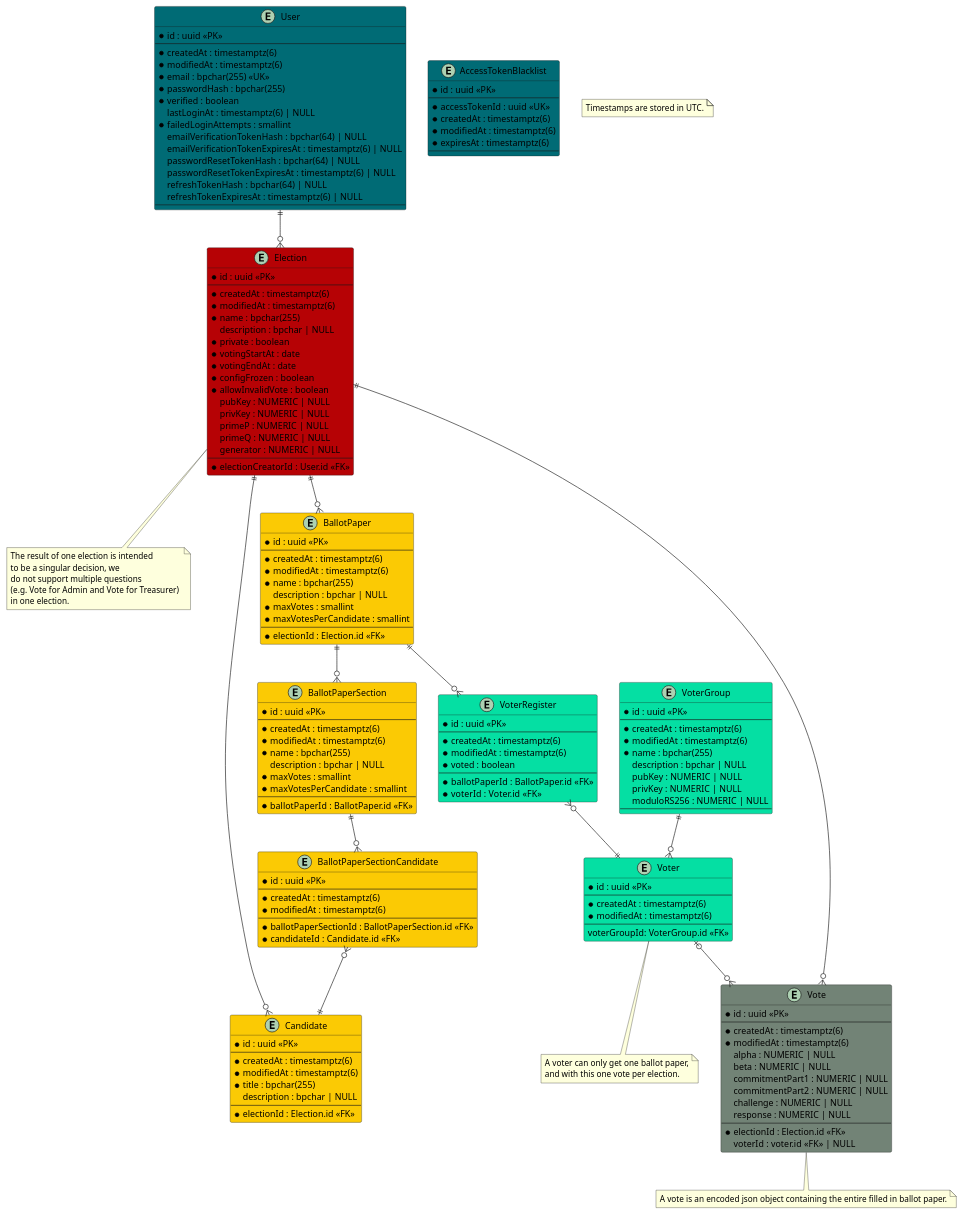
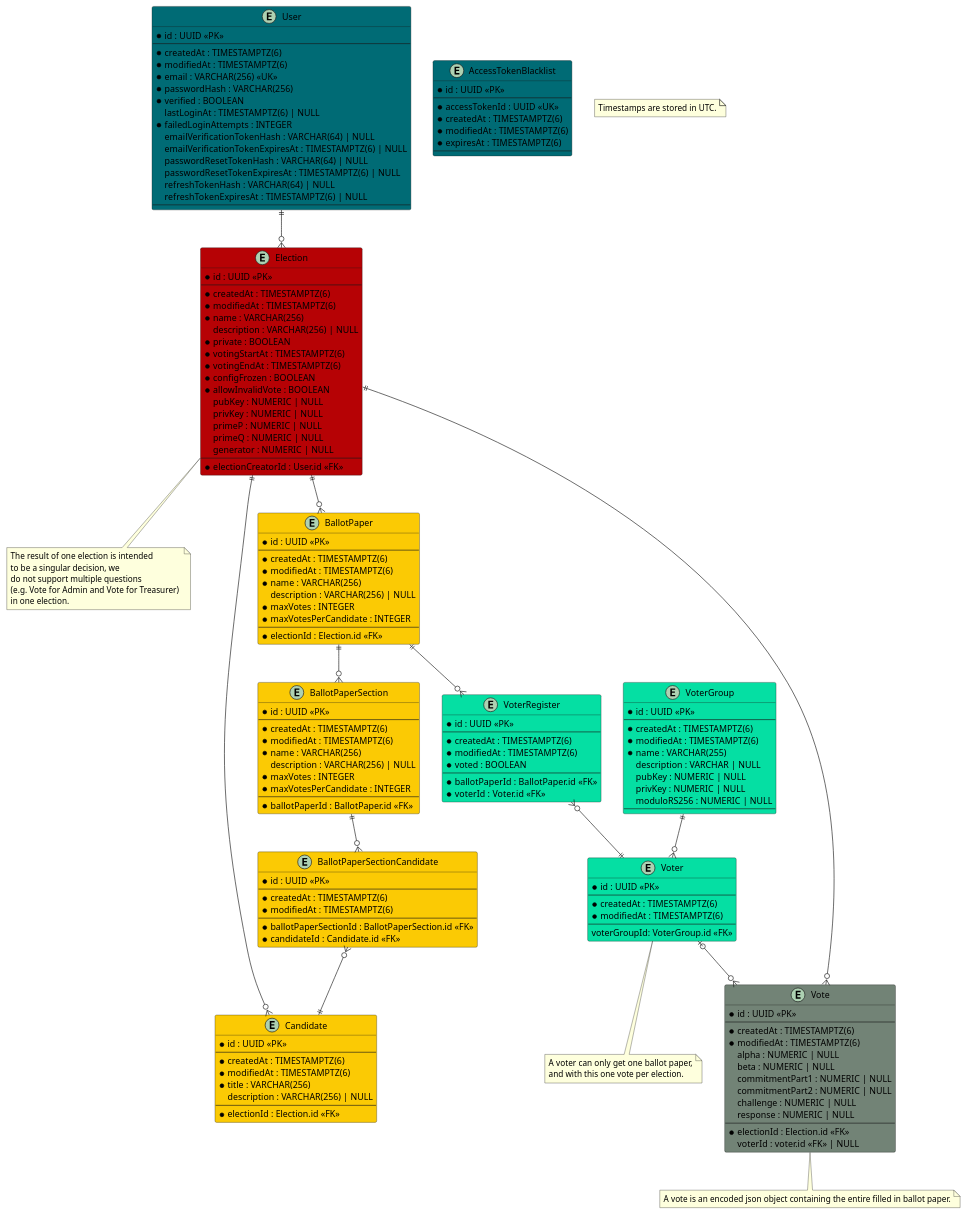
One commit to SE-UUlm/votura changed the diagram in apps/docs/static/uml/dataModel.puml. Above: the diagram before and after it, drawn with PlantUML. The commit also changed 4 other files, not shown here.

```diff
--- a/apps/docs/static/uml/dataModel.puml
+++ b/apps/docs/static/uml/dataModel.puml
@@ -4,51 +4,51 @@
 ' Same color codes as the used GitHub labels.
 
 entity "User" as user #006b75 {
-    * id : uuid <<PK>>
+    * id : UUID <<PK>>
     --
-    * createdAt : timestamptz(6)
-    * modifiedAt : timestamptz(6)
-    * email : bpchar(255) <<UK>>
-    * passwordHash : bpchar(255)
-    * verified : boolean
-    lastLoginAt : timestamptz(6) | NULL
+    * createdAt : TIMESTAMPTZ(6)
+    * modifiedAt : TIMESTAMPTZ(6)
+    * email : VARCHAR(256) <<UK>>
+    * passwordHash : VARCHAR(256)
+    * verified : BOOLEAN
+    lastLoginAt : TIMESTAMPTZ(6) | NULL
     ' failed login attempts get reset on successful login
-    * failedLoginAttempts : smallint
-    emailVerificationTokenHash : bpchar(64) | NULL
-    emailVerificationTokenExpiresAt : timestamptz(6) | NULL
-    passwordResetTokenHash : bpchar(64) | NULL
-    passwordResetTokenExpiresAt : timestamptz(6) | NULL
-    refreshTokenHash : bpchar(64) | NULL
-    refreshTokenExpiresAt : timestamptz(6) | NULL
+    * failedLoginAttempts : INTEGER
+    emailVerificationTokenHash : VARCHAR(64) | NULL
+    emailVerificationTokenExpiresAt : TIMESTAMPTZ(6) | NULL
+    passwordResetTokenHash : VARCHAR(64) | NULL
+    passwordResetTokenExpiresAt : TIMESTAMPTZ(6) | NULL
+    refreshTokenHash : VARCHAR(64) | NULL
+    refreshTokenExpiresAt : TIMESTAMPTZ(6) | NULL
     --
 }
 
 entity "AccessTokenBlacklist" as jwtBlacklist #006b75 {
     ' this table is used to store blacklisted access tokens
     ' The jti is 36 characters long if we use UUIDv4
-    * id : uuid <<PK>>
+    * id : UUID <<PK>>
     --
-    * accessTokenId : uuid <<UK>>
-    * createdAt : timestamptz(6)
-    * modifiedAt : timestamptz(6)
-    * expiresAt : timestamptz(6)
+    * accessTokenId : UUID <<UK>>
+    * createdAt : TIMESTAMPTZ(6)
+    * modifiedAt : TIMESTAMPTZ(6)
+    * expiresAt : TIMESTAMPTZ(6)
     --
 }
 
 entity "Election" as elections #b60205 {
-    * id : uuid <<PK>>
+    * id : UUID <<PK>>
     --
-    * createdAt : timestamptz(6)
-    * modifiedAt : timestamptz(6)
-    * name : bpchar(255)
-    description : bpchar | NULL
-    * private : boolean
-    * votingStartAt : date
-    * votingEndAt : date
-    * configFrozen : boolean
-    * allowInvalidVote : boolean
+    * createdAt : TIMESTAMPTZ(6)
+    * modifiedAt : TIMESTAMPTZ(6)
+    * name : VARCHAR(256)
+    description : VARCHAR(256) | NULL
+    * private : BOOLEAN
+    * votingStartAt : TIMESTAMPTZ(6)
+    * votingEndAt : TIMESTAMPTZ(6)
+    * configFrozen : BOOLEAN
+    * allowInvalidVote : BOOLEAN
     ' Is there a use case for `votesCounted`?
-    ' * votesCounted : boolean
+    ' * votesCounted : BOOLEAN
     ' Computed values such as validVotes and invalidVotes are critical - do we really want to store them?
     ' validVotes : integer | NULL
     ' invalidVotes : integer | NULL
@@ -70,27 +70,27 @@
 end note
 
 entity "BallotPaper" as ballotPapers #fbca04 {
-    * id : uuid <<PK>>
+    * id : UUID <<PK>>
     --
-    * createdAt : timestamptz(6)
-    * modifiedAt : timestamptz(6)
-    * name : bpchar(255)
-    description : bpchar | NULL
-    * maxVotes : smallint
-    * maxVotesPerCandidate : smallint
+    * createdAt : TIMESTAMPTZ(6)
+    * modifiedAt : TIMESTAMPTZ(6)
+    * name : VARCHAR(256)
+    description : VARCHAR(256) | NULL
+    * maxVotes : INTEGER
+    * maxVotesPerCandidate : INTEGER
     --
     * electionId : Election.id <<FK>>
 }
 
 entity "BallotPaperSection" as ballotPaperSections #fbca04 {
-    * id : uuid <<PK>>
+    * id : UUID <<PK>>
     --
-    * createdAt : timestamptz(6)
-    * modifiedAt : timestamptz(6)
-    * name : bpchar(255)
-    description : bpchar | NULL
-    * maxVotes : smallint
-    * maxVotesPerCandidate : smallint
+    * createdAt : TIMESTAMPTZ(6)
+    * modifiedAt : TIMESTAMPTZ(6)
+    * name : VARCHAR(256)
+    description : VARCHAR(256) | NULL
+    * maxVotes : INTEGER
+    * maxVotesPerCandidate : INTEGER
     --
     * ballotPaperId : BallotPaper.id <<FK>>
 }
@@ -100,31 +100,31 @@
 ' end note
 
 entity "BallotPaperSectionCandidate" as ballotPaperSectionCandidates #fbca04 {
-    * id : uuid <<PK>>
+    * id : UUID <<PK>>
     --
-    * createdAt : timestamptz(6)
-    * modifiedAt : timestamptz(6)
+    * createdAt : TIMESTAMPTZ(6)
+    * modifiedAt : TIMESTAMPTZ(6)
     --
     * ballotPaperSectionId : BallotPaperSection.id <<FK>>
     * candidateId : Candidate.id <<FK>>
 }
 
 entity "Candidate" as candidates #fbca04 {
-    * id : uuid <<PK>>
+    * id : UUID <<PK>>
     --
-    * createdAt : timestamptz(6)
-    * modifiedAt : timestamptz(6)
-    * title : bpchar(255)
-    description : bpchar | NULL
+    * createdAt : TIMESTAMPTZ(6)
+    * modifiedAt : TIMESTAMPTZ(6)
+    * title : VARCHAR(256)
+    description : VARCHAR(256) | NULL
     --
     * electionId : Election.id <<FK>>
 }
 
 entity "Vote" as votes #728376 {
-    * id : uuid <<PK>>
+    * id : UUID <<PK>>
     --
-    * createdAt : timestamptz(6)
-    * modifiedAt : timestamptz(6)
+    * createdAt : TIMESTAMPTZ(6)
+    * modifiedAt : TIMESTAMPTZ(6)
     alpha : NUMERIC | NULL
     beta : NUMERIC | NULL
     commitmentPart1 : NUMERIC | NULL
@@ -141,21 +141,21 @@
 end note
 
 entity "VoterRegister" as voterRegisters #05DFA3 {
-    * id : uuid <<PK>>
+    * id : UUID <<PK>>
     --
-    * createdAt : timestamptz(6)
-    * modifiedAt : timestamptz(6)
-    * voted : boolean
+    * createdAt : TIMESTAMPTZ(6)
+    * modifiedAt : TIMESTAMPTZ(6)
+    * voted : BOOLEAN
     --
     * ballotPaperId : BallotPaper.id <<FK>>
     * voterId : Voter.id <<FK>>
 }
 
 entity "Voter" as voters #05DFA3 {
-    * id : uuid <<PK>>
+    * id : UUID <<PK>>
     --
-    * createdAt : timestamptz(6)
-    * modifiedAt : timestamptz(6)
+    * createdAt : TIMESTAMPTZ(6)
+    * modifiedAt : TIMESTAMPTZ(6)
     --
     voterGroupId: VoterGroup.id <<FK>>
 }
@@ -165,12 +165,12 @@
 end note
 
 entity "VoterGroup" as voterGroups #05DFA3 {
-    * id : uuid <<PK>>
+    * id : UUID <<PK>>
     --
-    * createdAt : timestamptz(6)
-    * modifiedAt : timestamptz(6)
-    * name : bpchar(255)
-    description : bpchar | NULL
+    * createdAt : TIMESTAMPTZ(6)
+    * modifiedAt : TIMESTAMPTZ(6)
+    * name : VARCHAR(255)
+    description : VARCHAR | NULL
     pubKey : NUMERIC | NULL
     privKey : NUMERIC | NULL
     moduloRS256 : NUMERIC | NULL
```
